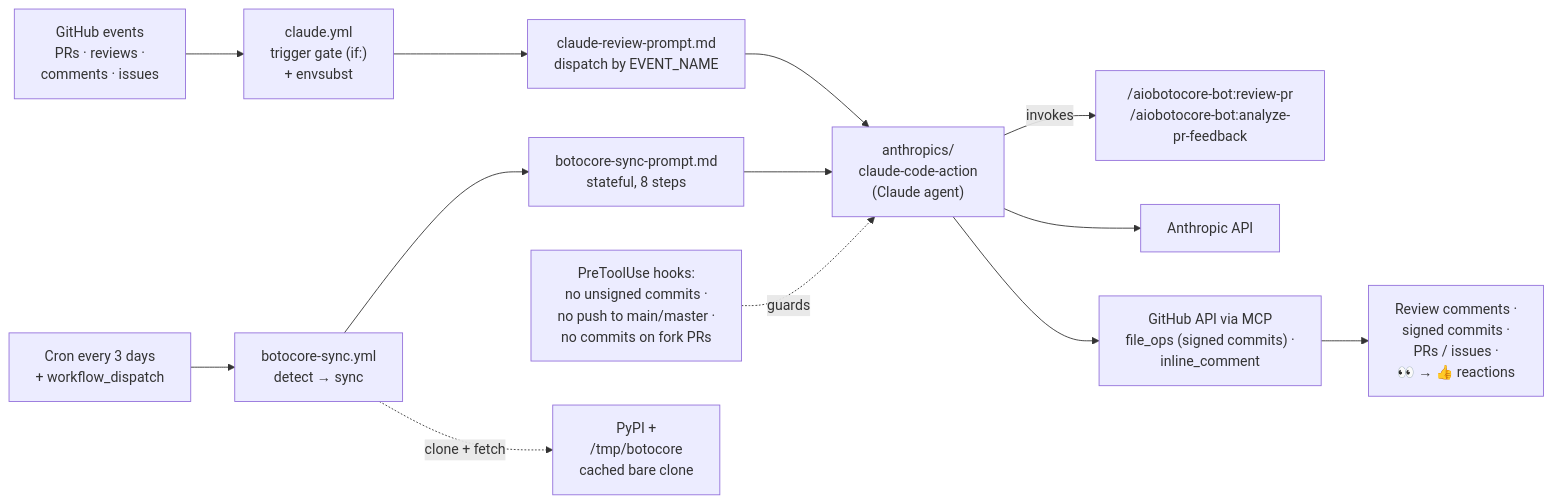
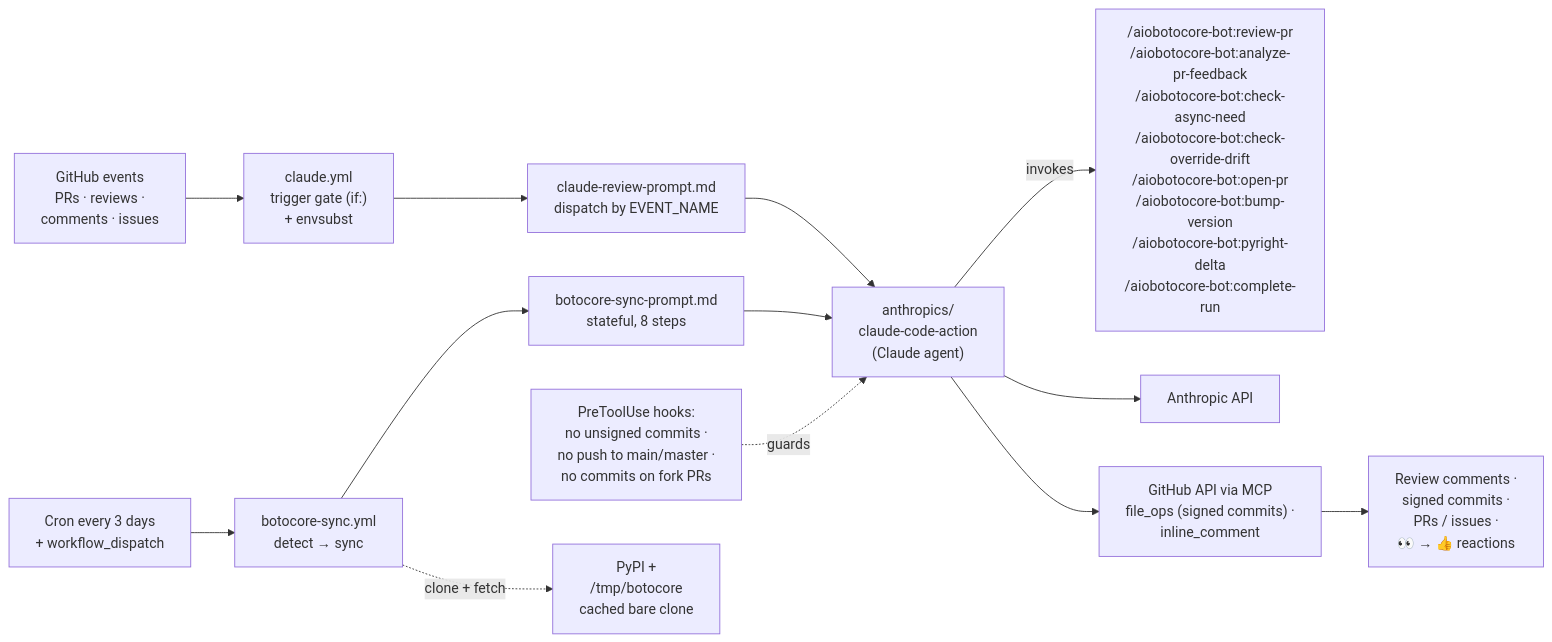
One commit to aio-libs/aiobotocore changed the first of 2 diagrams in docs/ai-workflows.md. Above: the diagram before and after it, drawn with Mermaid. The commit also changed other lines of this file and 27 other files, not shown here.

Commit message:
AI workflows: shared classifier commands, reviewer drift checks, and an eval harness (#1563)

````diff
--- a/docs/ai-workflows.md
+++ b/docs/ai-workflows.md
@@ -40,23 +48,23 @@
 ```mermaid
 flowchart LR
     events["GitHub events<br/>PRs · reviews ·<br/>comments · issues"]
     cron["Cron every 3 days<br/>+ workflow_dispatch"]
 
     events --> claude["claude.yml<br/>trigger gate (if:)<br/>+ envsubst"]
     cron --> sync["botocore-sync.yml<br/>detect → sync"]
 
     claude --> reviewPrompt["claude-review-prompt.md<br/>dispatch by EVENT_NAME"]
     sync --> syncPrompt["botocore-sync-prompt.md<br/>stateful, 8 steps"]
 
     reviewPrompt --> action["anthropics/<br/>claude-code-action<br/>(Claude agent)"]
     syncPrompt --> action
 
-    action -->|invokes| commands["/aiobotocore-bot:review-pr<br/>/aiobotocore-bot:analyze-pr-feedback"]
+    action -->|invokes| commands["/aiobotocore-bot:review-pr<br/>/aiobotocore-bot:analyze-pr-feedback<br/>/aiobotocore-bot:check-async-need<br/>/aiobotocore-bot:check-override-drift<br/>/aiobotocore-bot:open-pr<br/>/aiobotocore-bot:bump-version<br/>/aiobotocore-bot:pyright-delta<br/>/aiobotocore-bot:complete-run"]
     hooks["PreToolUse hooks:<br/>no unsigned commits ·<br/>no push to main/master ·<br/>no commits on fork PRs"] -.guards.-> action
 
     action --> anthropic["Anthropic API"]
     action --> ghMCP["GitHub API via MCP<br/>file_ops (signed commits) ·<br/>inline_comment"]
     sync -.clone + fetch.-> botoMirror["PyPI +<br/>/tmp/botocore<br/>cached bare clone"]
 
     ghMCP --> outputs["Review comments ·<br/>signed commits ·<br/>PRs / issues ·<br/>👀 → 👍 reactions"]
 ```
````
